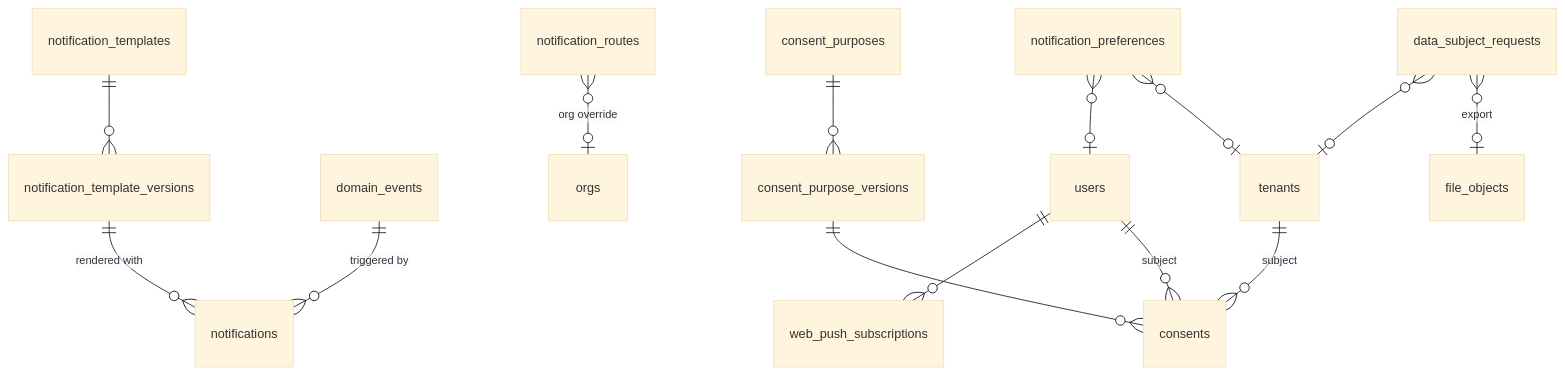
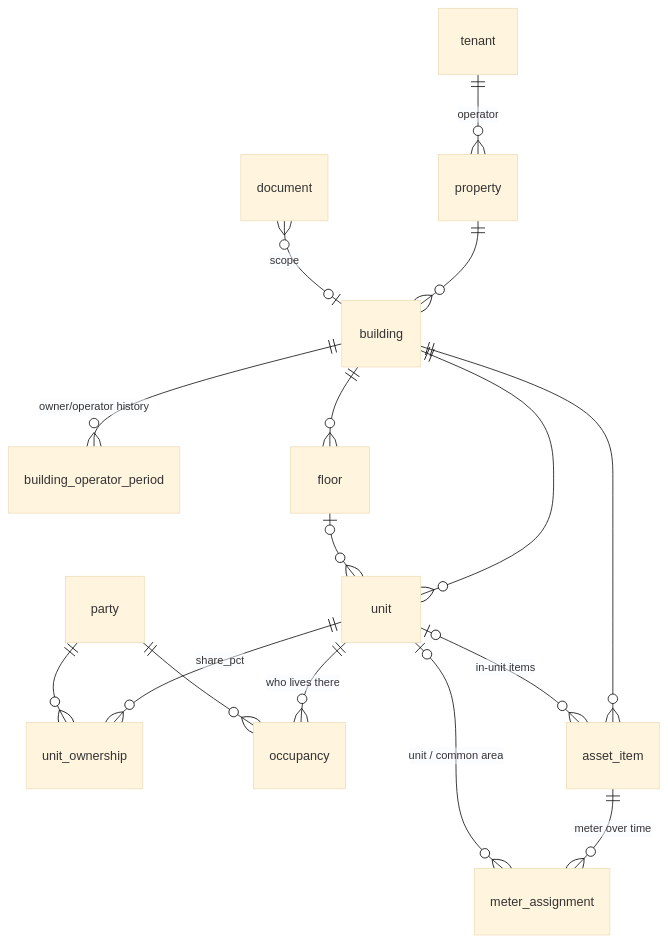
One commit to Collective-Group-Thailand/getproperty-api changed the second of 13 diagrams in docs/schema-design.md. Above: the diagram before and after it, drawn with Mermaid (base theme). The commit also changed other lines of this file, not shown here.

First line of the commit message:
docs(schema): schema design v2 — neutral asset core, six schemas, RLS (D-150–D-161)

````diff
--- a/docs/schema-design.md
+++ b/docs/schema-design.md
@@ -1041,16 +1111,18 @@
 ```mermaid
 erDiagram
-  notification_templates ||--o{ notification_template_versions : ""
-  notification_template_versions ||--o{ notifications : "rendered with"
-  domain_events ||--o{ notifications : "triggered by"
-  notification_routes }o--o| orgs : "org override"
-  notification_preferences }o--o| users : ""
-  notification_preferences }o--o| tenants : ""
-  users ||--o{ web_push_subscriptions : ""
-  consent_purposes ||--o{ consent_purpose_versions : ""
-  consent_purpose_versions ||--o{ consents : ""
-  tenants ||--o{ consents : "subject"
-  users ||--o{ consents : "subject"
-  data_subject_requests }o--o| tenants : ""
-  data_subject_requests }o--o| file_objects : "export"
+  tenant ||--o{ property : "operator"
+  property ||--o{ building : ""
+  building ||--o{ building_operator_period : "owner/operator history"
+  building ||--o{ floor : ""
+  building ||--o{ unit : ""
+  floor |o--o{ unit : ""
+  unit ||--o{ unit_ownership : "share_pct"
+  party ||--o{ unit_ownership : ""
+  unit ||--o{ occupancy : "who lives there"
+  party ||--o{ occupancy : ""
+  building ||--o{ asset_item : ""
+  unit |o--o{ asset_item : "in-unit items"
+  asset_item ||--o{ meter_assignment : "meter over time"
+  unit |o--o{ meter_assignment : "unit / common area"
+  document }o--o| building : "scope"
 ```
````
